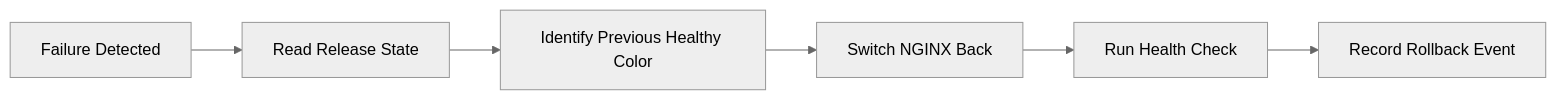
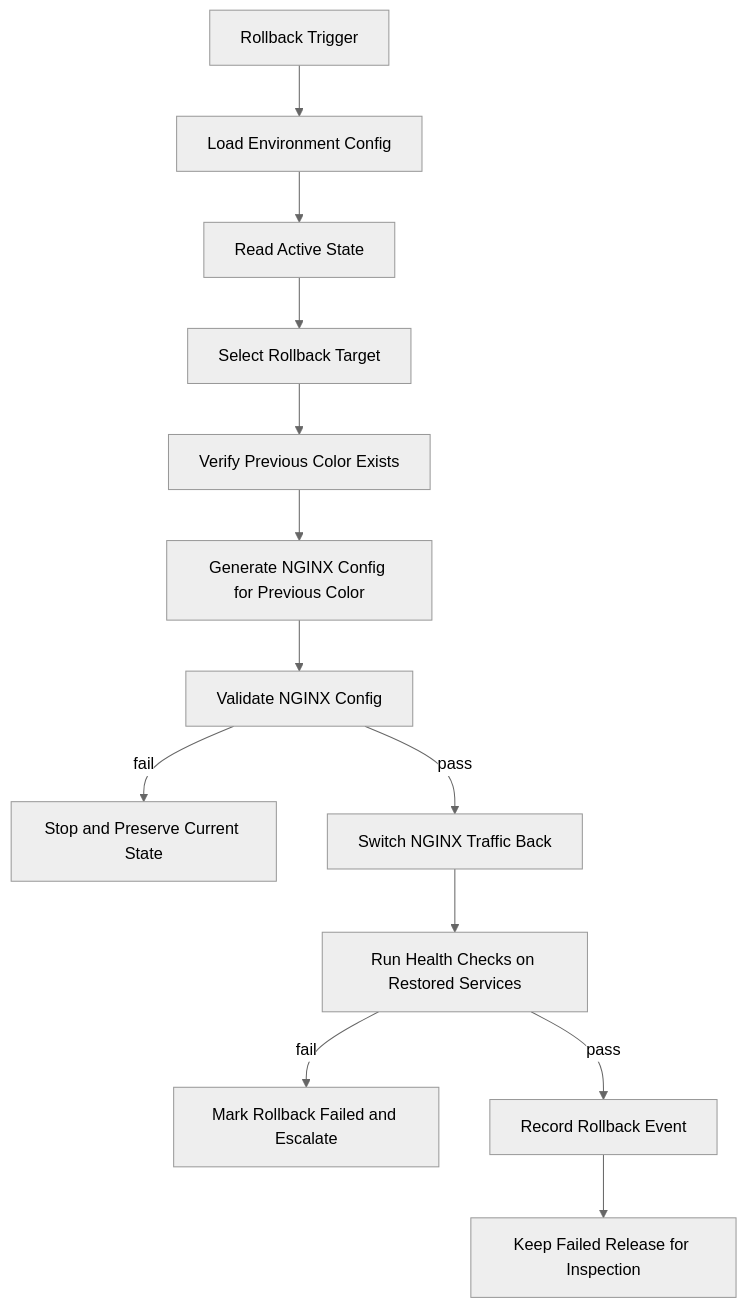
The second of 2 diagrams in docs/ARCHITECTURE.md (shekhar396/zero-downtime-cicd-template), drawn with Mermaid (neutral theme) before and after one commit. The commit also changed other lines of this file and 4 other files, not shown here.

Commit message:
docs: define v1 architecture and configuration model

````diff
--- a/docs/ARCHITECTURE.md
+++ b/docs/ARCHITECTURE.md
@@ -112,8 +210,15 @@
 ```mermaid
-flowchart LR
-    A[Failure Detected] --> B[Read Release State]
-    B --> C[Identify Previous Healthy Color]
-    C --> D[Switch NGINX Back]
-    D --> E[Run Health Check]
-    E --> F[Record Rollback Event]
+flowchart TD
+    A[Rollback Trigger] --> B[Load Environment Config]
+    B --> C[Read Active State]
+    C --> D[Select Rollback Target]
+    D --> E[Verify Previous Color Exists]
+    E --> F[Generate NGINX Config for Previous Color]
+    F --> G[Validate NGINX Config]
+    G -->|fail| H[Stop and Preserve Current State]
+    G -->|pass| I[Switch NGINX Traffic Back]
+    I --> J[Run Health Checks on Restored Services]
+    J -->|fail| K[Mark Rollback Failed and Escalate]
+    J -->|pass| L[Record Rollback Event]
+    L --> M[Keep Failed Release for Inspection]
 ```
````
